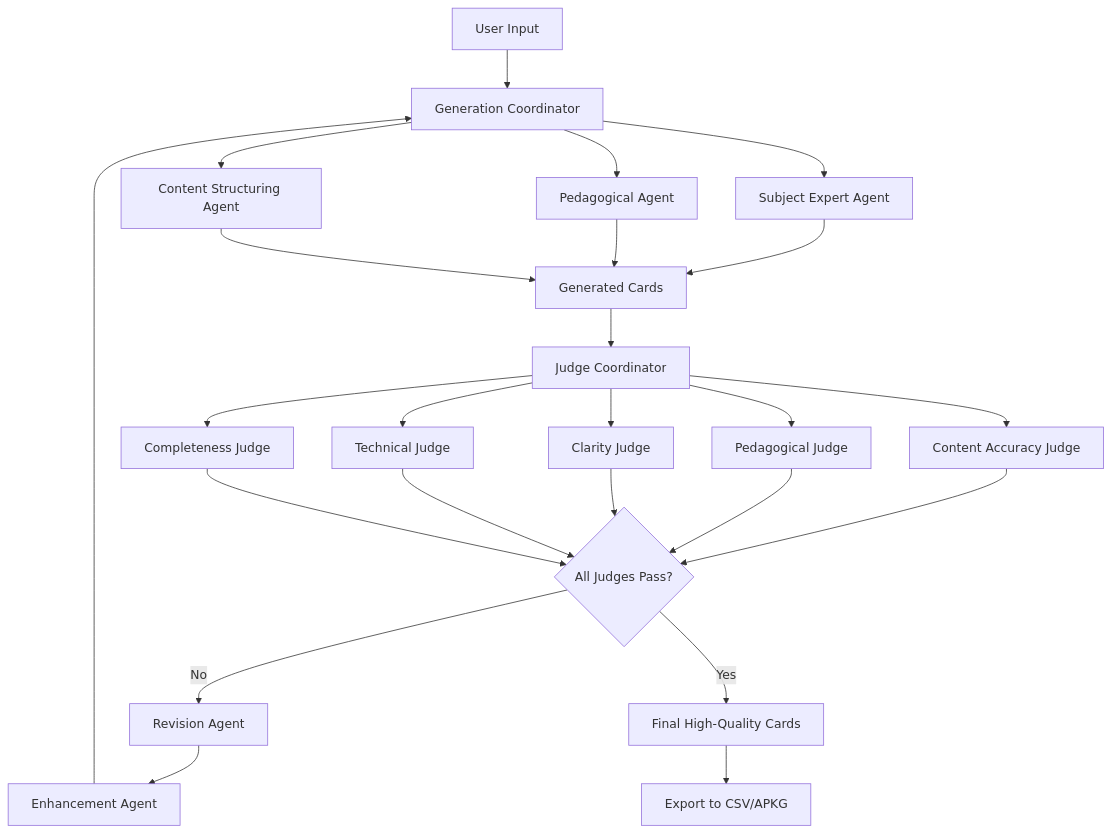
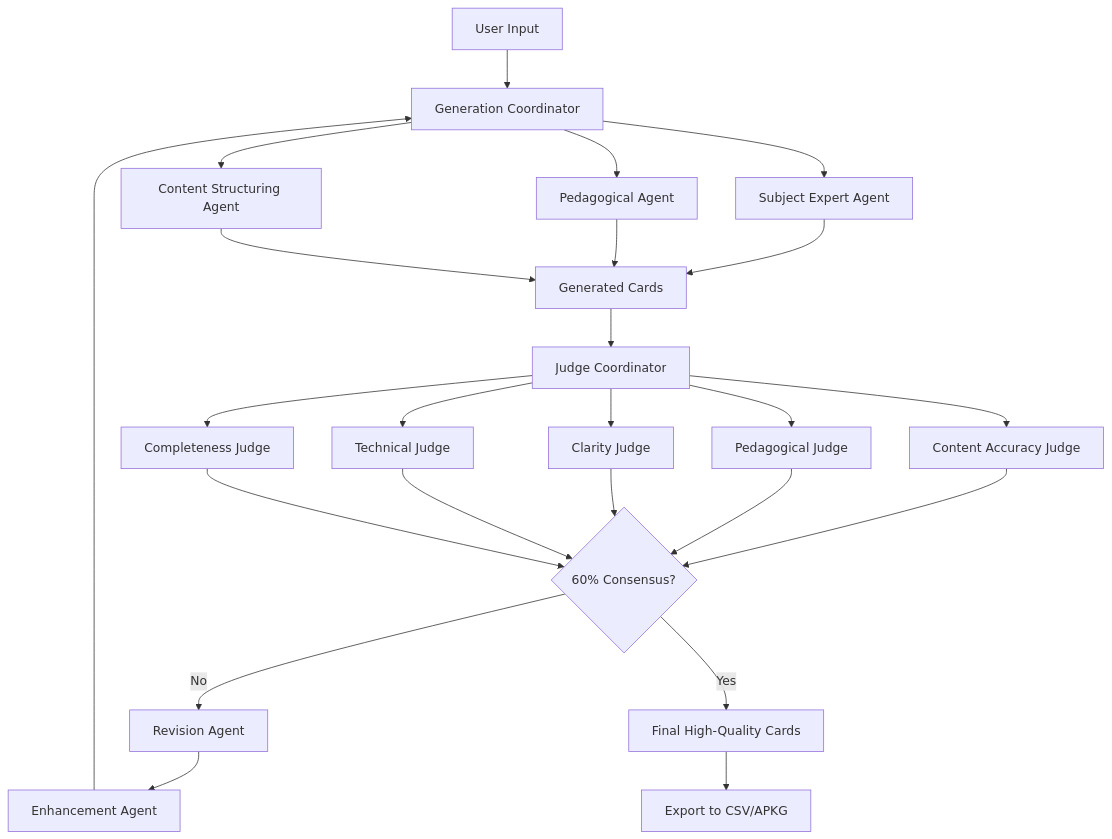
Before and after one commit to brickfrog/ankigen: the diagram in README.md, drawn with Mermaid.

````diff
--- a/README.md
+++ b/README.md
@@ -29,31 +29,31 @@
 ```mermaid
 graph TD
     A[User Input] --> B[Generation Coordinator]
     B --> C[Subject Expert Agent]
     B --> D[Pedagogical Agent]
     B --> E[Content Structuring Agent]
     
     C --> F[Generated Cards]
     D --> F
     E --> F
     
     F --> G[Judge Coordinator]
     G --> H[Content Accuracy Judge]
     G --> I[Pedagogical Judge]
     G --> J[Clarity Judge]
     G --> K[Technical Judge]
     G --> L[Completeness Judge]
     
-    H --> M{All Judges Pass?}
+    H --> M{60% Consensus?}
     I --> M
     J --> M
     K --> M
     L --> M
     
     M -->|No| N[Revision Agent]
     N --> O[Enhancement Agent]
     O --> B
     
     M -->|Yes| P[Final High-Quality Cards]
     P --> Q[Export to CSV/APKG]
 ```
````
